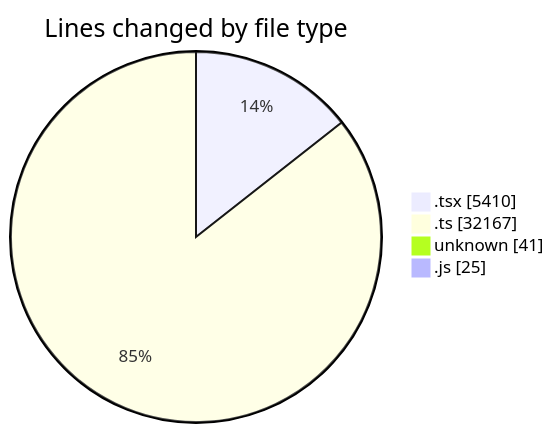
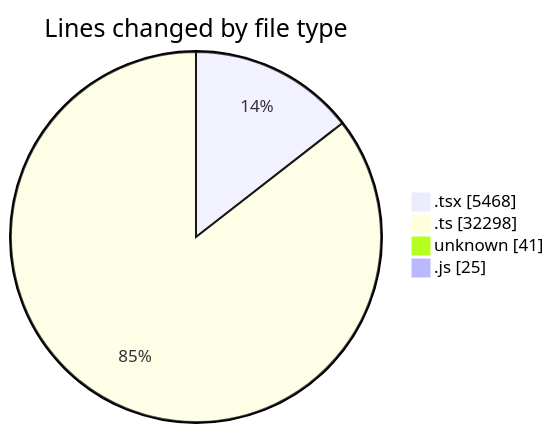
Before and after one commit to momahboobian/code-tracking: the first of 2 diagrams in 2025-07-07/cda/README.md, drawn with Mermaid. The commit also changed other lines of this file and 1 other file, not shown here.

````diff
--- a/2025-07-07/cda/README.md
+++ b/2025-07-07/cda/README.md
@@ -35,8 +36,8 @@
 ```mermaid
 pie showData
 title Lines changed by file type
-".tsx" : 5410
-".ts" : 32167
+".tsx" : 5468
+".ts" : 32298
 "unknown" : 41
 ".js" : 25
 ```
````
